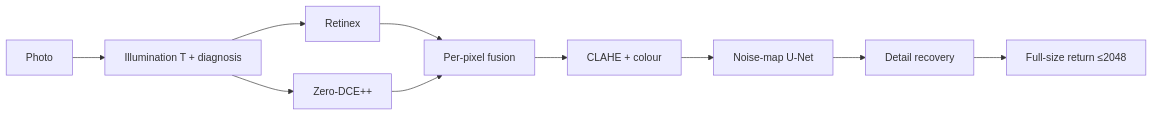
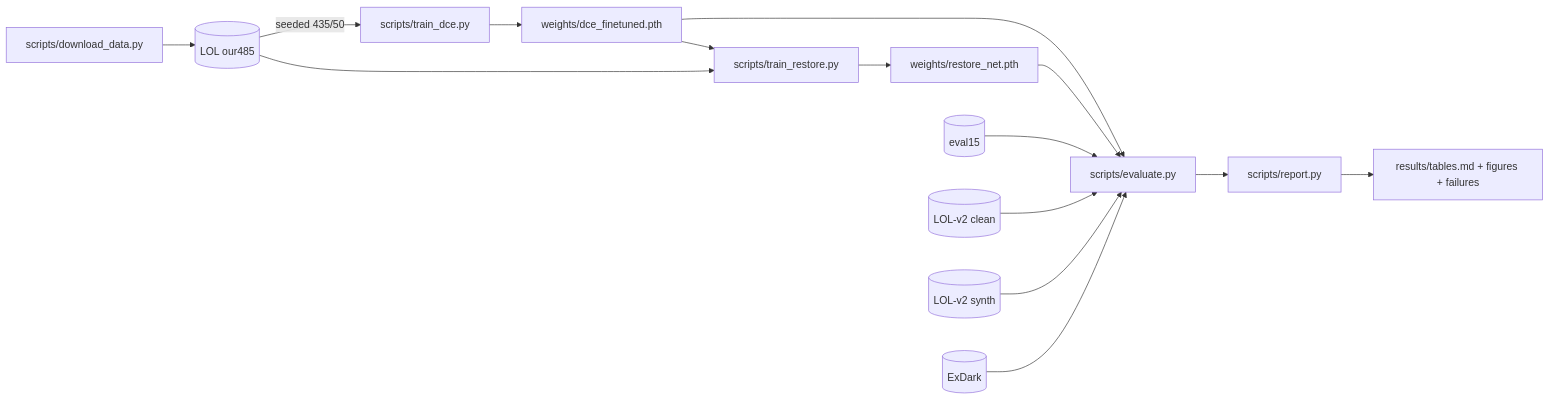
One commit to Karthik-sugur/lumina-lowlight changed the second of 2 diagrams in README.md. Above: the diagram before and after it, drawn with Mermaid. The commit also changed other lines of this file, not shown here.

````diff
--- a/README.md
+++ b/README.md
@@ -181,12 +199,12 @@
 ```mermaid
 flowchart LR
-  A[Photo] --> B[Illumination T + diagnosis]
-  B --> C[Retinex]
-  B --> D[Zero-DCE++]
-  C --> E[Per-pixel fusion]
-  D --> E
-  E --> F[CLAHE + colour]
-  F --> G[Noise-map U-Net]
-  G --> H[Detail recovery]
-  H --> I[Full-size return ≤2048]
+    DL[scripts/download_data.py] --> LOL[(LOL our485)]
+    LOL -->|seeded 435/50| TD[scripts/train_dce.py]
+    TD --> W1[weights/dce_finetuned.pth]
+    W1 --> TR[scripts/train_restore.py]
+    LOL --> TR
+    TR --> W2[weights/restore_net.pth]
+    W1 & W2 --> EV[scripts/evaluate.py]
+    T1[(eval15)] & T2[(LOL-v2 clean)] & T3[(LOL-v2 synth)] & T4[(ExDark)] --> EV
+    EV --> RP[scripts/report.py] --> R[results/tables.md + figures + failures]
 ```
````
